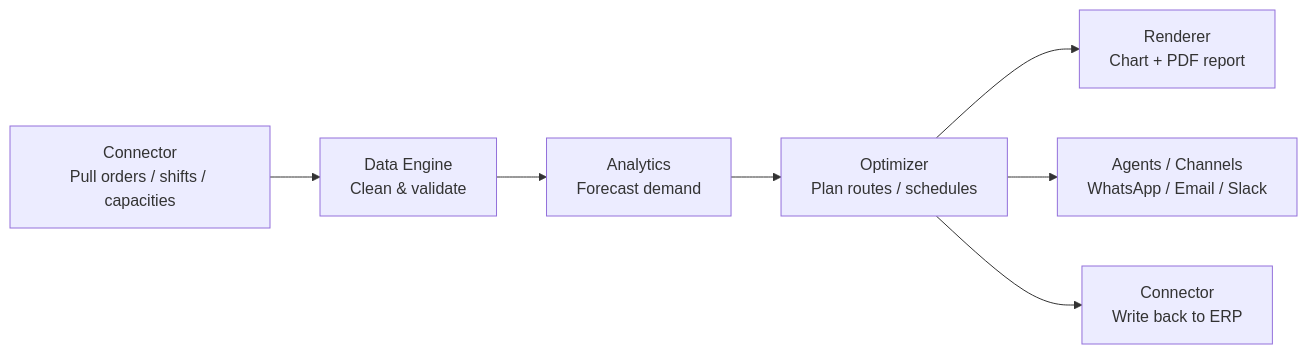
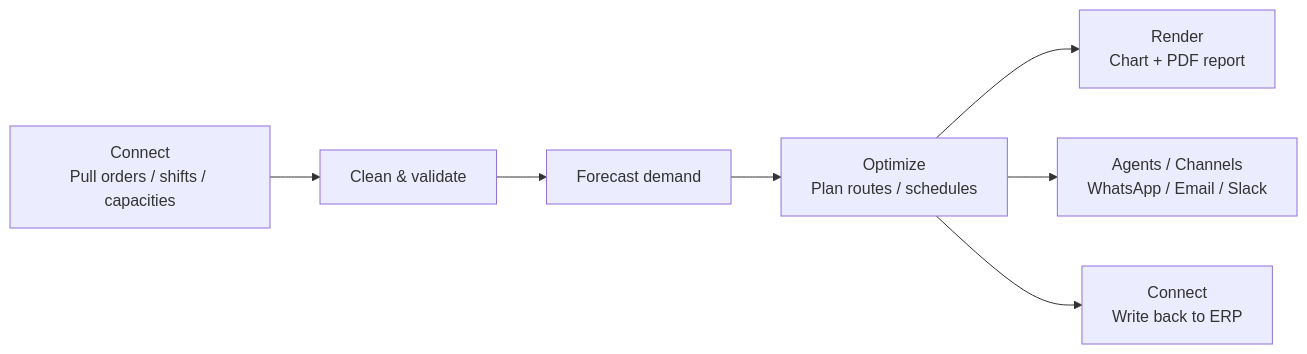
One commit to marmancakbay/mintlify-docs changed the diagram in optimization/overview.mdx. Above: the diagram before and after it, drawn with Mermaid. The commit also changed other lines of this file and 2065 other files, not shown here.

````diff
--- a/optimization/overview.mdx
+++ b/optimization/overview.mdx
@@ -78,9 +78,9 @@
 ```mermaid
 flowchart LR
-    Data[Connector<br/>Pull orders / shifts / capacities] --> Clean[Data Engine<br/>Clean & validate]
-    Clean --> Forecast[Analytics<br/>Forecast demand]
-    Forecast --> Optimize[Optimizer<br/>Plan routes / schedules]
-    Optimize --> Render[Renderer<br/>Chart + PDF report]
+    Data[Connect<br/>Pull orders / shifts / capacities] --> Clean[Clean & validate]
+    Clean --> Forecast[Forecast demand]
+    Forecast --> Optimize[Optimize<br/>Plan routes / schedules]
+    Optimize --> Render[Render<br/>Chart + PDF report]
     Optimize --> Notify[Agents / Channels<br/>WhatsApp / Email / Slack]
-    Optimize --> Export[Connector<br/>Write back to ERP]
+    Optimize --> Export[Connect<br/>Write back to ERP]
 ```
````
